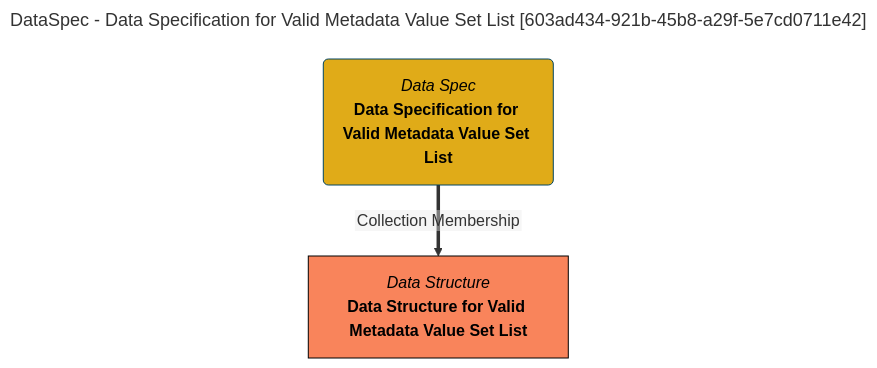
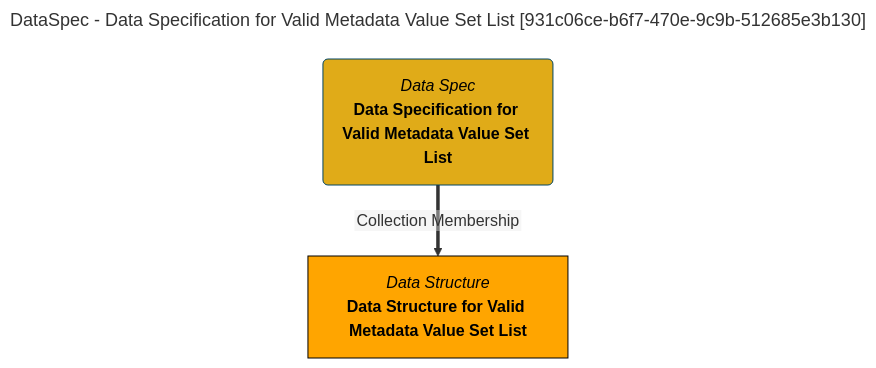
One commit to odpi/egeria-docs changed the diagram in site/snippets/collections/data-specs/data-specification-for-valid-metadata-value-set-list-mermaid-graph.md. Above: the diagram before and after it, drawn with Mermaid. The commit also changed 2201 other files, not shown here.

````diff
--- a/site/snippets/collections/data-specs/data-specification-for-valid-metadata-value-set-list-mermaid-graph.md
+++ b/site/snippets/collections/data-specs/data-specification-for-valid-metadata-value-set-list-mermaid-graph.md
@@ -1,15 +1,15 @@
 ```mermaid
 ---
-title: DataSpec - Data Specification for Valid Metadata Value Set List [603ad434-921b-45b8-a29f-5e7cd0711e42]
+title: DataSpec - Data Specification for Valid Metadata Value Set List [931c06ce-b6f7-470e-9c9b-512685e3b130]
 ---
 flowchart TD
 %%{init: {"flowchart": {"htmlLabels": false}} }%%
 
 1@{ shape: rounded, label: "*Data Spec*
 **Data Specification for Valid Metadata Value Set List**"}
 2@{ shape: rect, label: "*Data Structure*
 **Data Structure for Valid Metadata Value Set List**"}
 1==>|"Collection Membership"|2
 style 1 color:#000000, fill:#e0ab18, stroke:#004563
-style 2 color:#000000, fill:#f9845b, stroke:#000000
+style 2 color:#000000, fill:#FFA500, stroke:#000000
 ```
````
